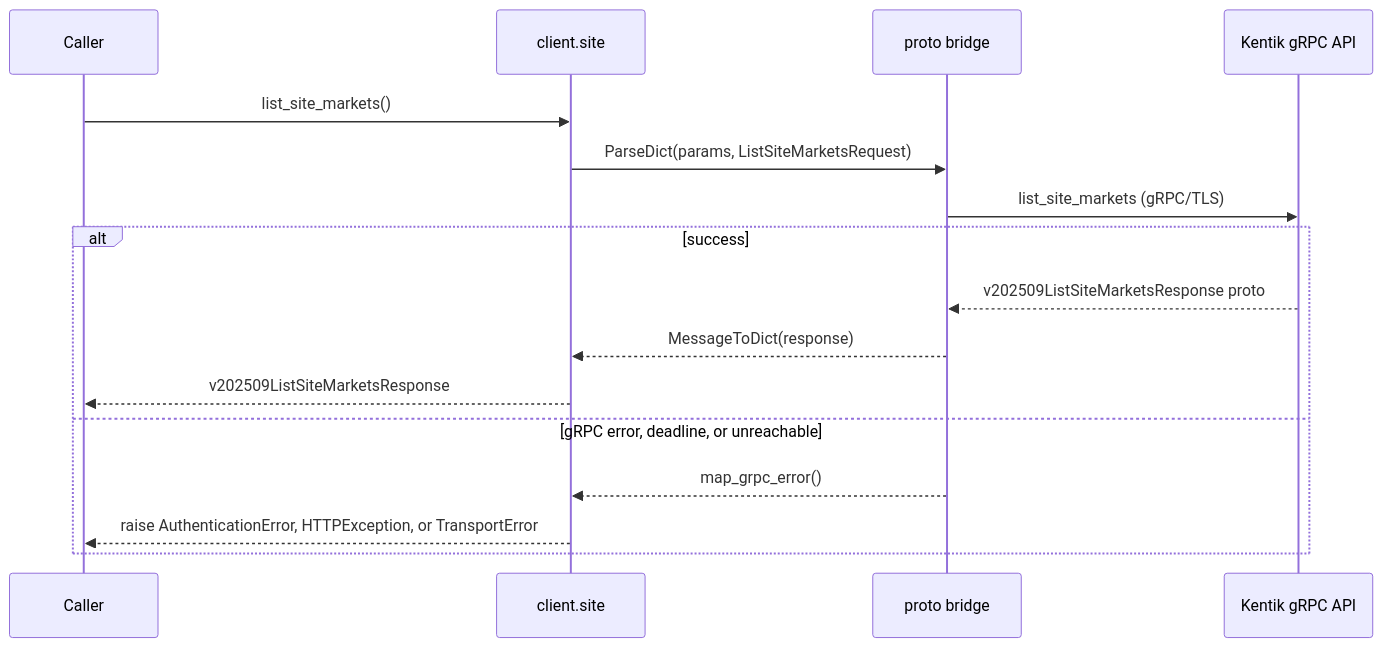
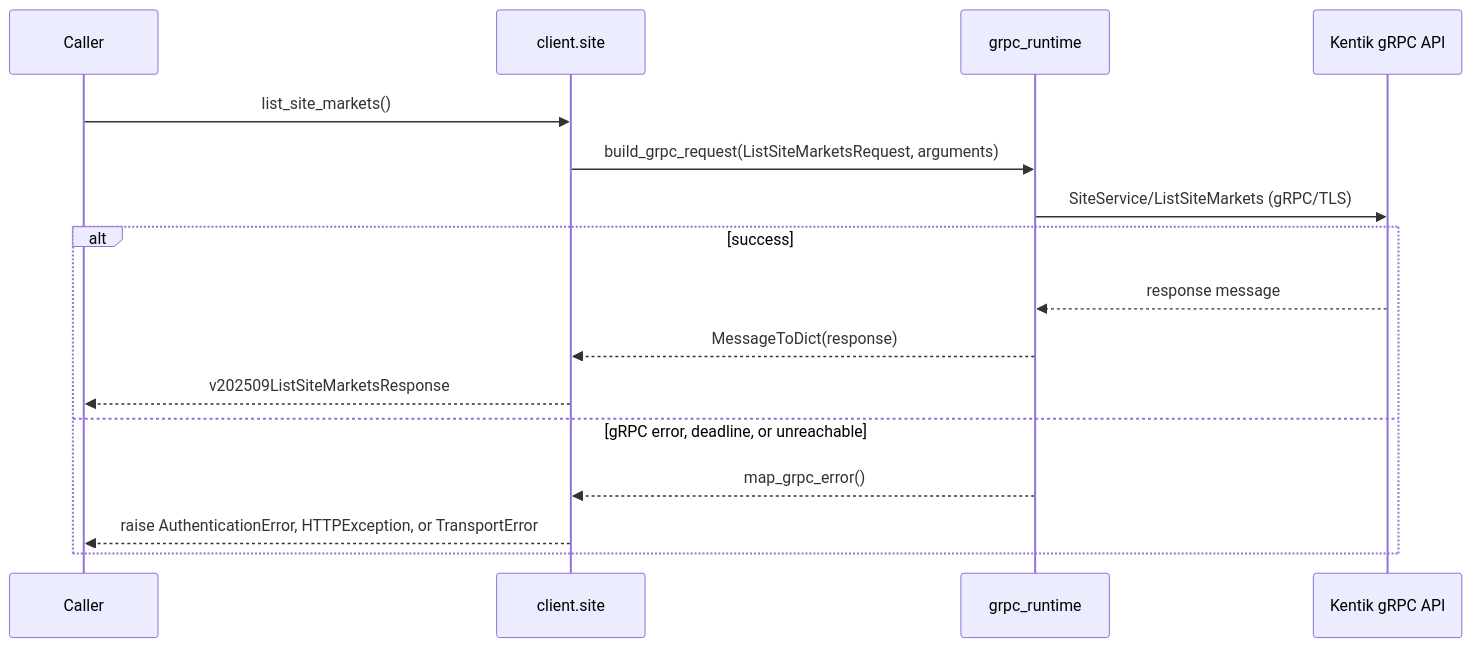
One commit to alexdearaujo/community_sdk_python changed the third of 22 diagrams in docs/sphinx/services/site.md. Above: the diagram before and after it, drawn with Mermaid. The commit also changed other lines of this file and 37 other files, not shown here.

First line of the commit message:
docs: show the real RPC in each service page's gRPC diagram

````diff
--- a/docs/sphinx/services/site.md
+++ b/docs/sphinx/services/site.md
@@ -59,19 +59,19 @@
 ```mermaid
 sequenceDiagram
     participant C as Caller
     participant W as client.site
-    participant B as proto bridge
+    participant R as grpc_runtime
     participant API as Kentik gRPC API
 
     C->>W: list_site_markets()
-    W->>B: ParseDict(params, ListSiteMarketsRequest)
-    B->>API: list_site_markets (gRPC/TLS)
+    W->>R: build_grpc_request(ListSiteMarketsRequest, arguments)
+    R->>API: SiteService/ListSiteMarkets (gRPC/TLS)
     alt success
-        API-->>B: v202509ListSiteMarketsResponse proto
-        B-->>W: MessageToDict(response)
+        API-->>R: response message
+        R-->>W: MessageToDict(response)
         W-->>C: v202509ListSiteMarketsResponse
     else gRPC error, deadline, or unreachable
-        B-->>W: map_grpc_error()
+        R-->>W: map_grpc_error()
         W-->>C: raise AuthenticationError, HTTPException, or TransportError
     end
 ```
````
